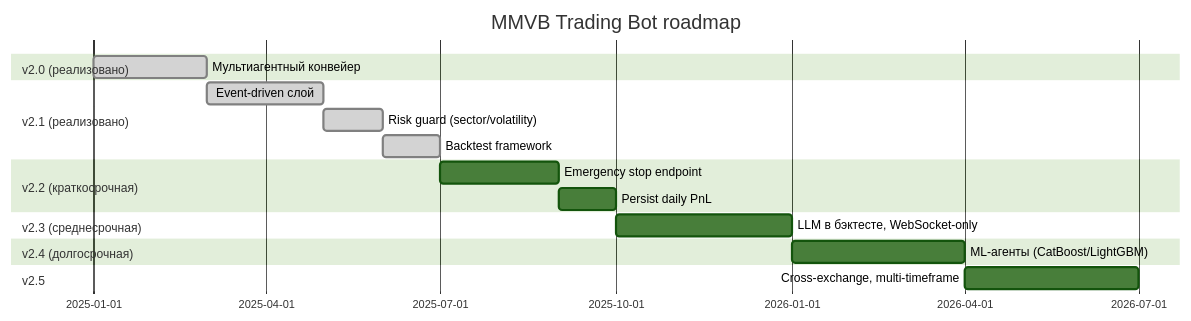
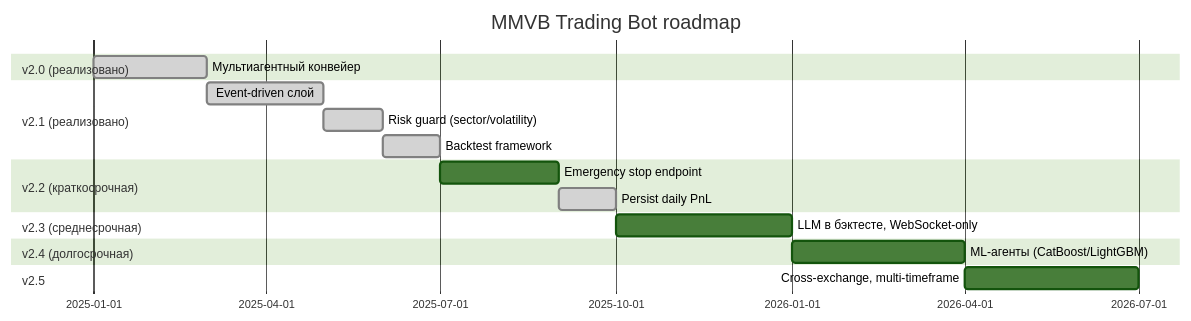
One commit to dmitry0923/trading-bot changed the first of 3 diagrams in docs/13-roadmap.md. Above: the diagram before and after it, drawn with Mermaid (forest theme). The commit also changed other lines of this file and 12 other files, not shown here.

Commit message:
Persist daily PnL (roadmap 13.7.2) + sql fences -> text

````diff
--- a/docs/13-roadmap.md
+++ b/docs/13-roadmap.md
@@ -22,20 +22,20 @@
 ```mermaid
 gantt
     title MMVB Trading Bot roadmap
     dateFormat  YYYY-MM-DD
     section v2.0 (реализовано)
     Мультиагентный конвейер          :done, a0, 2025-01-01, 2025-03-01
     section v2.1 (реализовано)
     Event-driven слой                :done, a1, 2025-03-01, 2025-05-01
     Risk guard (sector/volatility)   :done, a2, after a1, 2025-06-01
     Backtest framework               :done, a3, after a2, 2025-07-01
     section v2.2 (краткосрочная)
     Emergency stop endpoint          :v21, 2025-07-01, 2025-09-01
-    Persist daily PnL                :v21b, after v21, 2025-10-01
+    Persist daily PnL                :done, v21b, after v21, 2025-10-01
     section v2.3 (среднесрочная)
     LLM в бэктесте, WebSocket-only   :v22, 2025-10-01, 2026-01-01
     section v2.4 (долгосрочная)
     ML-агенты (CatBoost/LightGBM)    :v23, 2026-01-01, 2026-04-01
     section v2.5
     Cross-exchange, multi-timeframe  :v24, 2026-04-01, 2026-07-01
 ```
````
